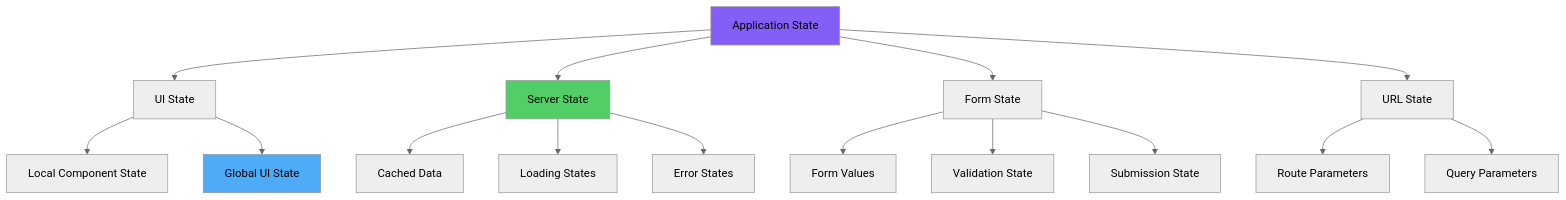
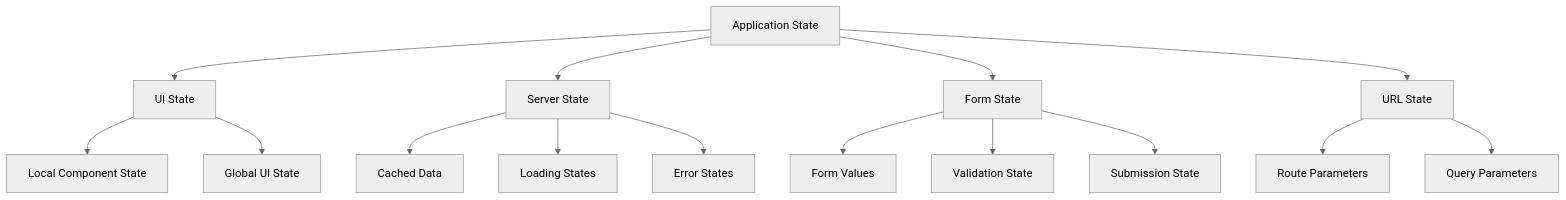
The first of 7 diagrams in arguments/chapters/06-state-management.md (BabaScience/react-guides), drawn with Mermaid (neutral theme) before and after one commit. The commit also changed other lines of this file and 29 other files, not shown here.

First line of the commit message:
Bring React FR/IT translations to full English parity + theme-safe diagrams

````diff
--- a/arguments/chapters/06-state-management.md
+++ b/arguments/chapters/06-state-management.md
@@ -26,25 +26,22 @@
 ```mermaid
 graph TD
     A[Application State] --> B[UI State]
     A --> C[Server State]
     A --> D[Form State]
     A --> E[URL State]
     
     B --> B1[Local Component State]
     B --> B2[Global UI State]
     
     C --> C1[Cached Data]
     C --> C2[Loading States]
     C --> C3[Error States]
     
     D --> D1[Form Values]
     D --> D2[Validation State]
     D --> D3[Submission State]
     
     E --> E1[Route Parameters]
     E --> E2[Query Parameters]
     
-    style A fill:#845ef7
-    style B2 fill:#4dabf7
-    style C fill:#51cf66
 ```
````
